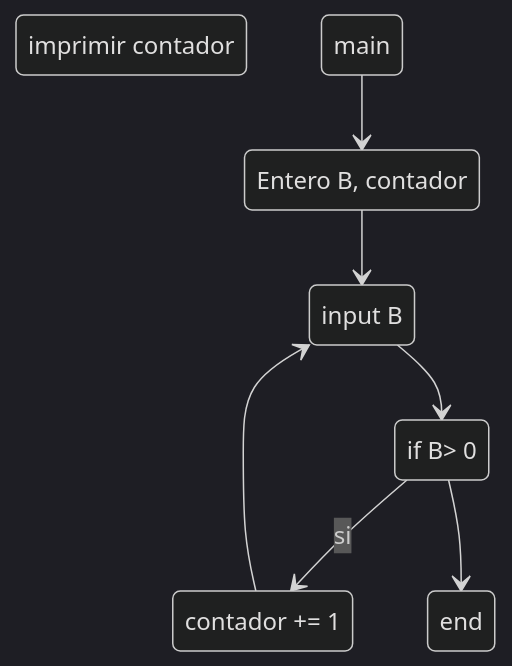
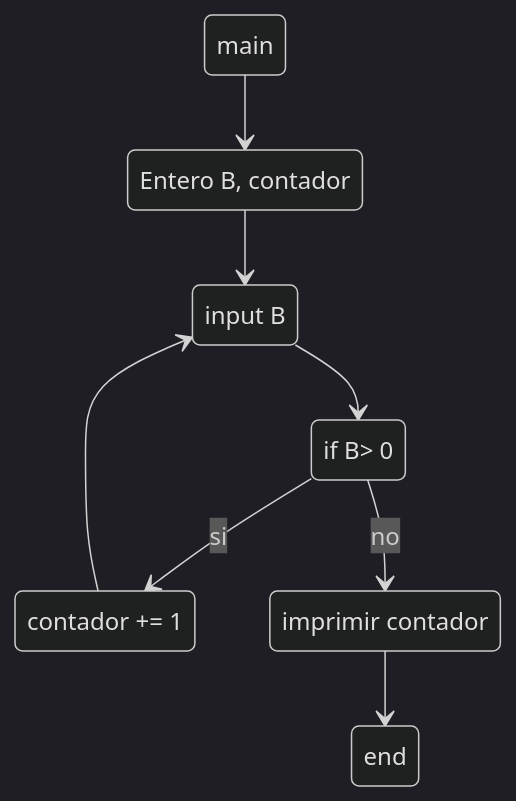
Before and after one commit to ValentinJM/TP-8: the diagram in Ejercicios/10.md, drawn with Mermaid (dark theme).

````diff
--- a/Ejercicios/10.md
+++ b/Ejercicios/10.md
@@ -1,14 +1,15 @@
 ```mermaid
 stateDiagram-v2
 state "Entero B, contador" as def
 state "input B" as B
 state "if B> 0" as cond
 state "contador += 1" as cont
 state "imprimir contador" as print
     main --> def
     def --> B
     B --> cond
     cond --> cont:si
-    cond --> end
-    cont --> B 
+    cont --> B
+    cond --> print: no
+    print --> end
 ```
````
